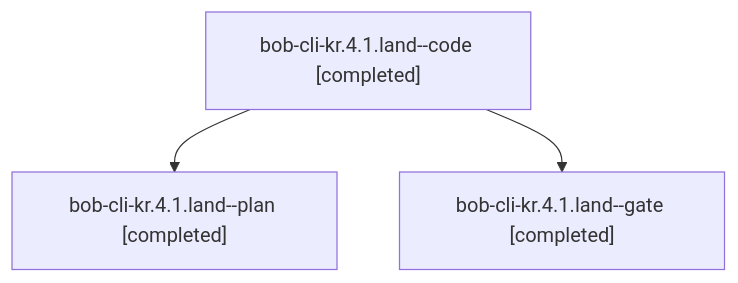
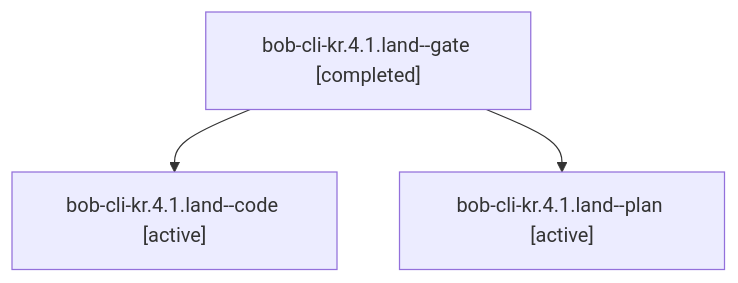
The diagram in sessions/bbugyi200.apollo.bob-cli-kr.4.1.land.md (bobs-org/bob-cli--agents), drawn with Mermaid before and after one commit. The commit also changed other lines of this file and 54 other files, not shown here.

````diff
--- a/sessions/bbugyi200.apollo.bob-cli-kr.4.1.land.md
+++ b/sessions/bbugyi200.apollo.bob-cli-kr.4.1.land.md
@@ -9,8 +9,8 @@
 ```mermaid
 flowchart TD
-  n0["bob-cli-kr.4.1.land--code [completed]"]
-  n1["bob-cli-kr.4.1.land--plan [completed]"]
+  n0["bob-cli-kr.4.1.land--gate [completed]"]
+  n1["bob-cli-kr.4.1.land--code [active]"]
   n0 --> n1
-  n2["bob-cli-kr.4.1.land--gate [completed]"]
+  n2["bob-cli-kr.4.1.land--plan [active]"]
   n0 --> n2
 ```
````
